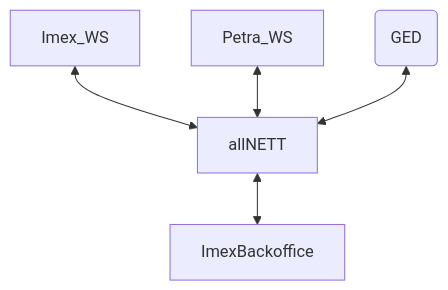
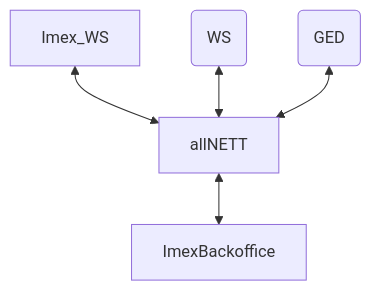
Before and after one commit to jaypizzabrown/repo1_md: the second of 2 diagrams in TRA_applications.md, drawn with Mermaid.

Commit message:
Adding XP item 16

````diff
--- a/TRA_applications.md
+++ b/TRA_applications.md
@@ -18,7 +18,7 @@
 ```mermaid
 graph TD;
     allNETT<-->ImexBackoffice;
     Imex_WS<-->allNETT;
-    Petra_WS<-->allNETT;
+    Petra_(WS)<-->allNETT;
     Editrade(GED)<-->allNETT;
 ```
````
